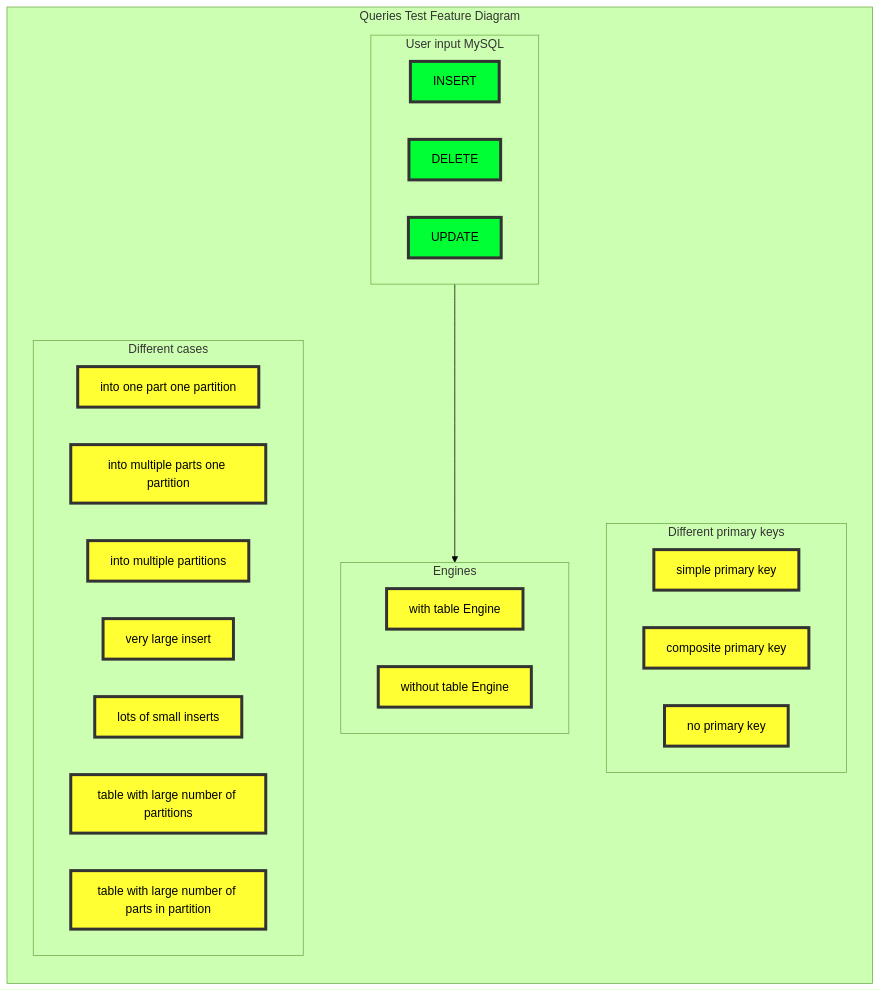
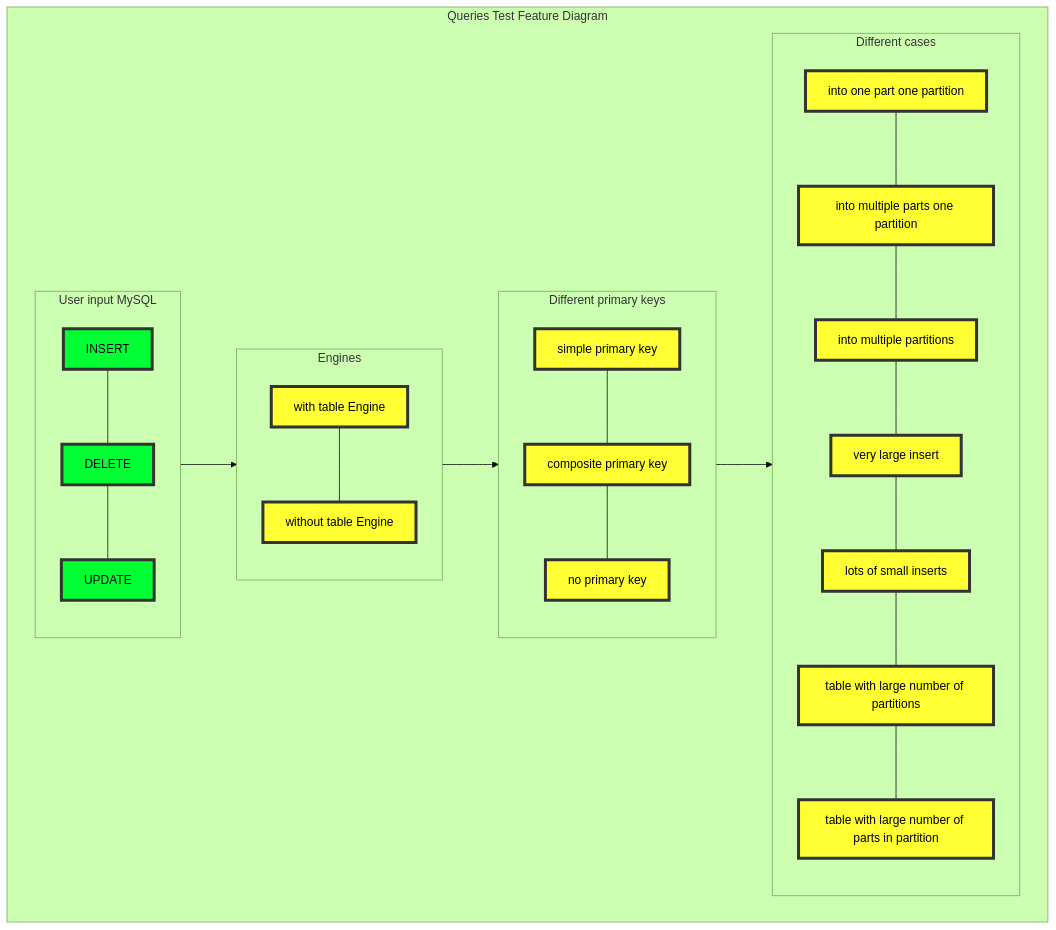
Before and after one commit to Altinity/clickhouse-sink-connector: the second of 2 diagrams in tests/integration_flowtests/requirements/requirements.md, drawn with Mermaid (forest theme).

Commit message:
"211022 upd"

````diff
--- a/tests/integration_flowtests/requirements/requirements.md
+++ b/tests/integration_flowtests/requirements/requirements.md
@@ -511,48 +511,51 @@
 ```mermaid
-graph LR;
+flowchart TB;
 
   classDef yellow fill:#ffff33,stroke:#333,stroke-width:4px,color:black;
   classDef yellow2 fill:#ffff33,stroke:#333,stroke-width:4px,color:red;
   classDef green fill:#00ff33,stroke:#333,stroke-width:4px,color:black;
   classDef red fill:red,stroke:#333,stroke-width:4px,color:black;
   classDef blue fill:blue,stroke:#333,stroke-width:4px,color:white;
   
   subgraph O["Queries Test Feature Diagram"]
+  A-->D-->C-->B
 
+  1A---2A---3A
+  1D---2D
+  1C---2C---3C
+  1B---2B---3B---4B---5B---6B---7B
   
     subgraph A["User input MySQL"]
 
         1A["INSERT"]:::green
                 2A["DELETE"]:::green
                         3A["UPDATE"]:::green
 
     end
     
     subgraph D["Engines"]
         1D["with table Engine"]:::yellow
         2D["without table Engine"]:::yellow
     end
     
     subgraph C["Different primary keys"]
         1C["simple primary key"]:::yellow
         2C["composite primary key"]:::yellow
-        3c["no primary key"]:::yellow
+        3C["no primary key"]:::yellow
     end
     
     subgraph B["Different cases"]
         1B[" into one part one partition"]:::yellow
         2B["into multiple parts one partition"]:::yellow
         3B["into multiple partitions"]:::yellow
         4B["very large insert"]:::yellow
         5B["lots of small inserts"]:::yellow
         6B["table with large number of partitions"]:::yellow
         7B["table with large number of parts in partition"]:::yellow
     end
     
-    A --> D
-    
 
     
 
   end
 ```
````
